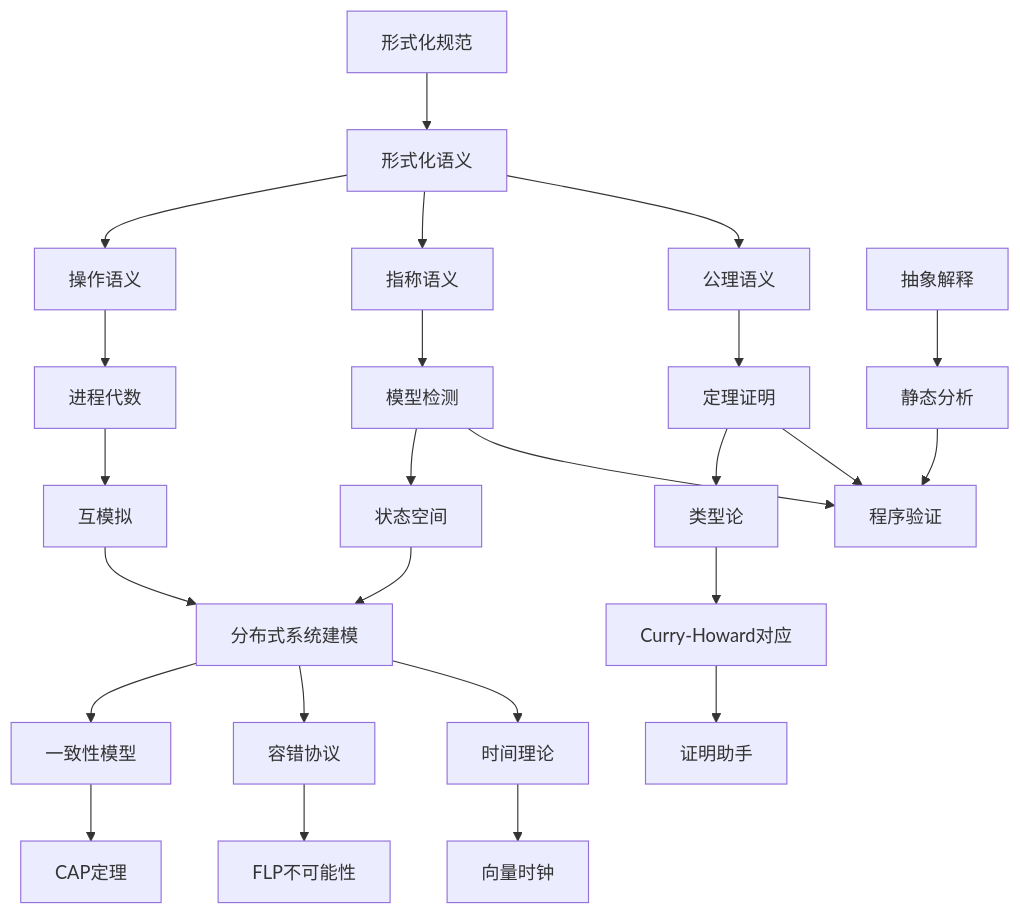
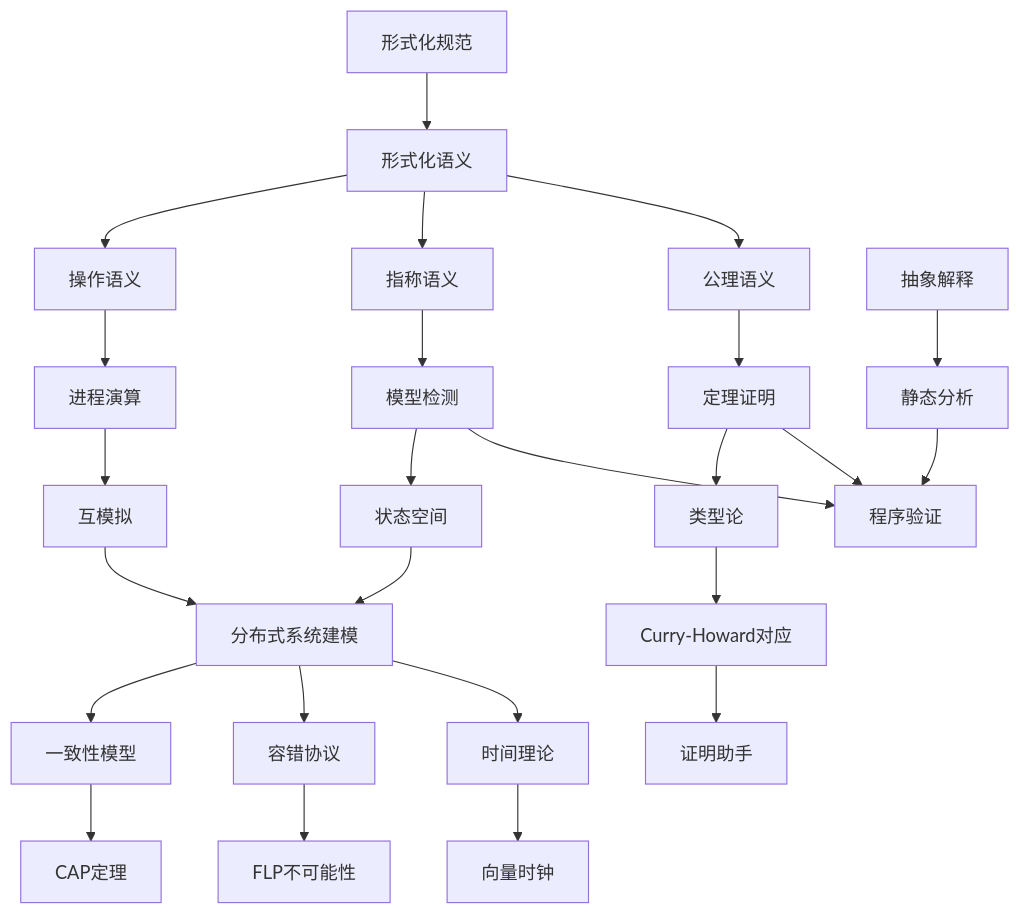
Before and after one commit to AdaMartin18010/AnalysisDataFlow: the third of 3 diagrams in formal-methods/98-appendices/02-glossary.md, drawn with Mermaid. The commit also changed other lines of this file and 129 other files, not shown here.

````diff
--- a/formal-methods/98-appendices/02-glossary.md
+++ b/formal-methods/98-appendices/02-glossary.md
@@ -2004,34 +2004,34 @@
 ```mermaid
 flowchart TD
     A[形式化规范] --> B[形式化语义]
     B --> C[操作语义]
     B --> D[指称语义]
     B --> E[公理语义]
 
-    C --> F[进程代数]
+    C --> F[进程演算]
     D --> G[模型检测]
     E --> H[定理证明]
 
     F --> I[互模拟]
     G --> J[状态空间]
     H --> K[类型论]
 
     I --> L[分布式系统建模]
     J --> L
 
     L --> M[一致性模型]
     L --> N[容错协议]
     L --> O[时间理论]
 
     M --> P[CAP定理]
     N --> Q[FLP不可能性]
     O --> R[向量时钟]
 
     K --> S[Curry-Howard对应]
     S --> T[证明助手]
 
     U[抽象解释] --> V[静态分析]
     V --> W[程序验证]
     H --> W
     G --> W
 ```
````
